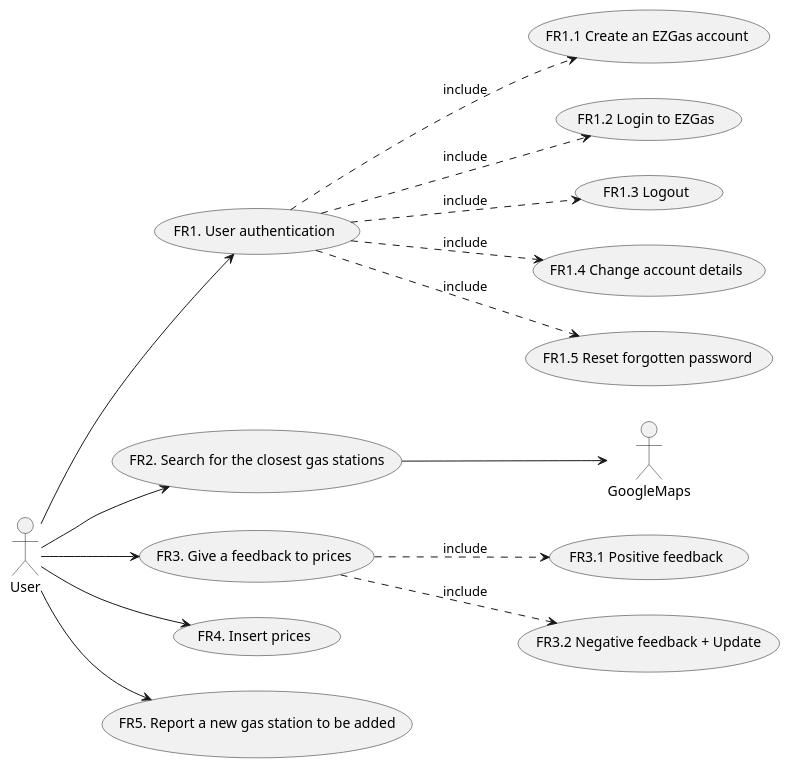
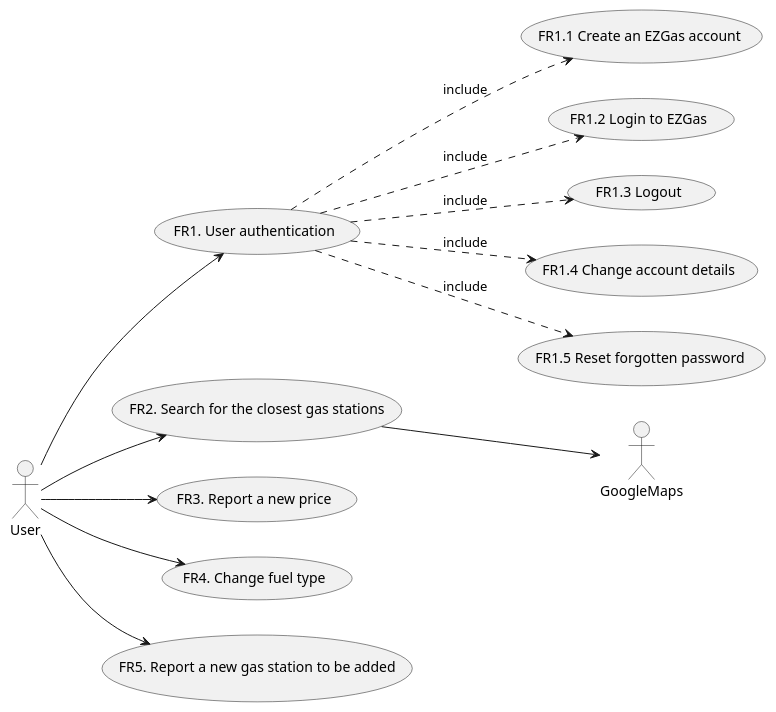
The second of 4 diagrams in docs/RequirementsDocument.md (s269731/Ezgas-SE1), drawn with PlantUML before and after one commit. The commit also changed other lines of this file, not shown here.

Commit message:
docs: add Glossary, Deployment Diagram; fix Abstract, Functional Requirements, Use Case Diagram,Use Cases

````diff
--- a/docs/RequirementsDocument.md
+++ b/docs/RequirementsDocument.md
@@ -128,30 +132,28 @@
 ```plantuml
 @startuml
 
 left to right direction 
 
 actor User
 actor GoogleMaps
 
 (FR1. User authentication) as (FR1)
 (FR2. Search for the closest gas stations) as (FR2)
-(FR3. Give a feedback to prices) as (FR3)
-(FR4. Insert prices) as (FR4)
+(FR3. Report a new price) as (FR3)
+(FR4. Change fuel type) as (FR4)
 (FR5. Report a new gas station to be added) as (FR5)
 
 User --> (FR1)
 (FR1) ..> (FR1.1 Create an EZGas account) : include
 (FR1) ..> (FR1.2 Login to EZGas) : include
 (FR1) ..> (FR1.3 Logout) : include
 (FR1) ..> (FR1.4 Change account details) : include
 (FR1) ..> (FR1.5 Reset forgotten password) : include
 User --> (FR2)
 (FR2) --> GoogleMaps
 User --> (FR3)
-(FR3) ..> (FR3.1 Positive feedback) : include
-(FR3) ..> (FR3.2 Negative feedback + Update) : include
 User --> (FR4)
 User --> (FR5)
 
 @enduml
 ```
````
